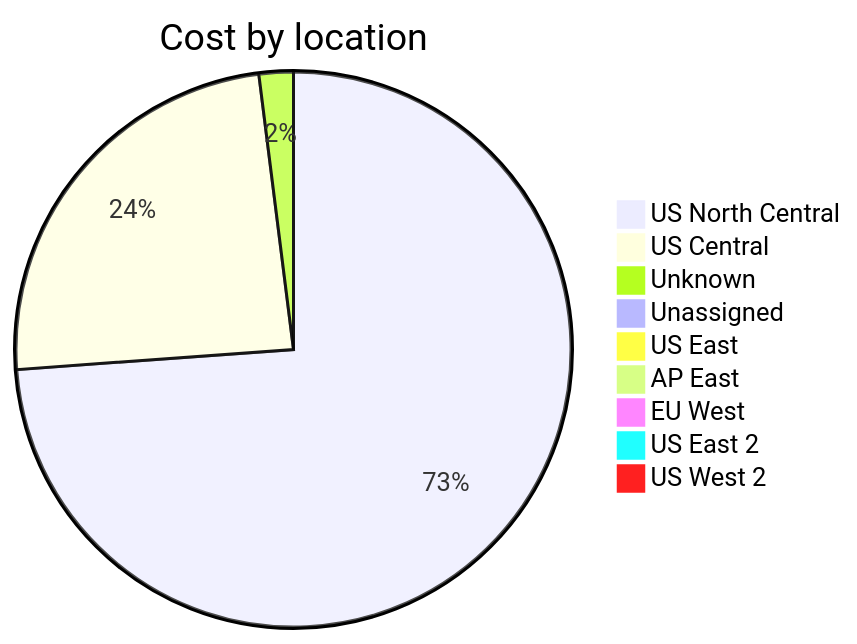
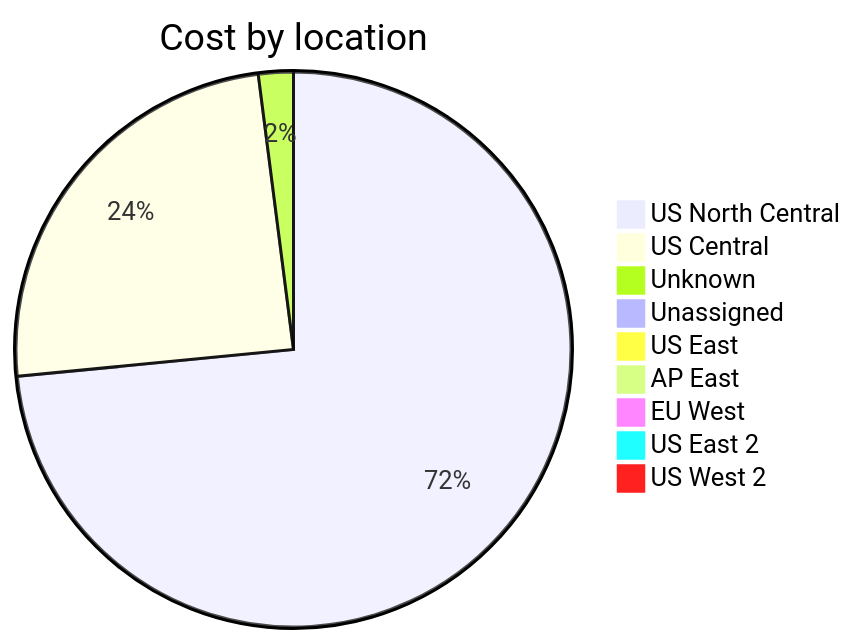
One commit to jpfulton/azure-personal-reports changed the third of 4 diagrams in cost-reports/accumulated-cost.md. Above: the diagram before and after it, drawn with Mermaid. The commit also changed other lines of this file and 4 other files, not shown here.

````diff
--- a/cost-reports/accumulated-cost.md
+++ b/cost-reports/accumulated-cost.md
@@ -131,13 +131,13 @@
 ```mermaid
 pie
    title Cost by location
-   "US North Central" : 7.03
-   "US Central" : 2.30
-   "Unknown" : 0.19
-   "Unassigned" : 0.09
-   "US East" : 0.04
+   "US North Central" : 8.69
+   "US Central" : 2.90
+   "Unknown" : 0.24
+   "Unassigned" : 0.11
+   "US East" : 0.05
    "AP East" : 0.00
    "EU West" : 0.00
    "US East 2" : 0.00
    "US West 2" : 0.00
 ```
````
